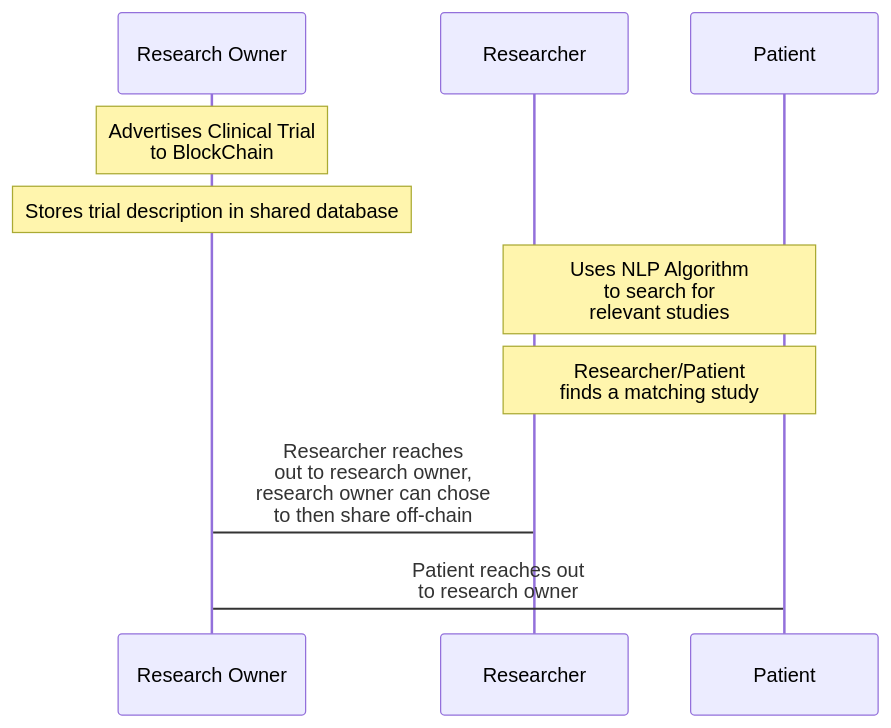
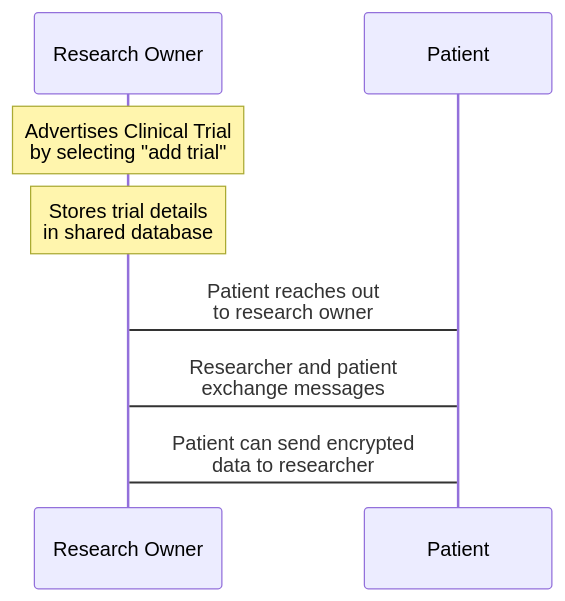
Before and after one commit to AI-and-Blockchain/S22_StudyBlock: the first of 2 diagrams in README.md, drawn with Mermaid. The commit also changed other lines of this file, not shown here.

````diff
--- a/README.md
+++ b/README.md
@@ -18,12 +18,10 @@
 ```mermaid
 sequenceDiagram;
     Participant A as Research Owner
-    Participant B as Researcher
     Participant C as Patient
-    Note over A: Advertises Clinical Trial <br> to BlockChain
-    Note over A: Stores trial description in shared database
-    Note over B, C: Uses NLP Algorithm <br> to search for <br> relevant studies
-    Note over B,C: Researcher/Patient <br> finds a matching study
-    B -> A: Researcher reaches <br> out to research owner, <br> research owner can chose <br> to then share off-chain
+    Note over A: Advertises Clinical Trial <br> by selecting "add trial"
+    Note over A: Stores trial details <br> in shared database
     C -> A: Patient reaches out <br> to research owner
+    A -> C: Researcher and patient <br> exchange messages
+    C -> A: Patient can send encrypted <br> data to researcher
 ```
````
